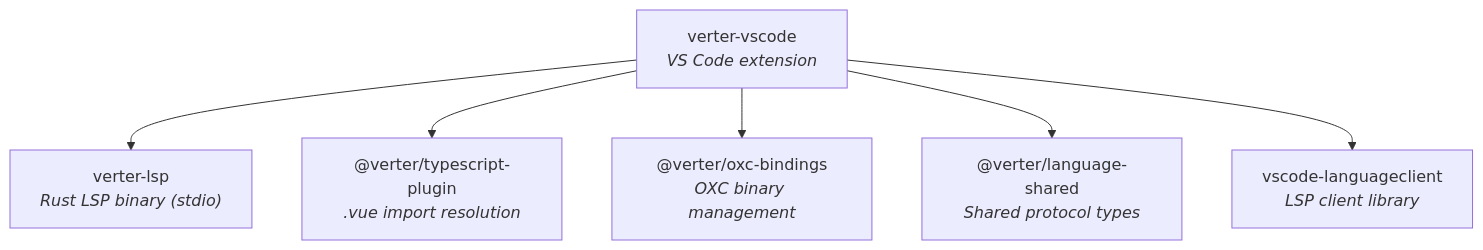
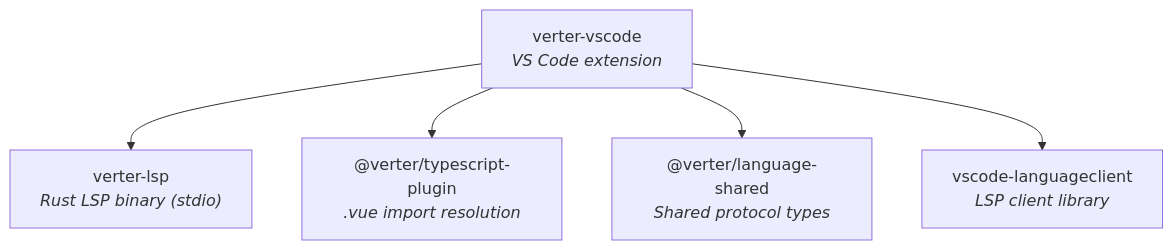
Before and after one commit to pikax/verter: the first of 3 diagrams in packages/vue-vscode/readme.md, drawn with Mermaid. The commit also changed other lines of this file and 35 other files, not shown here.

First line of the commit message:
chore(*): repair the docs, delete @verter/oxc-bindings, and make the E2E suite deterministic

````diff
--- a/packages/vue-vscode/readme.md
+++ b/packages/vue-vscode/readme.md
@@ -56,15 +56,13 @@
 ```mermaid
 graph TD
     EXT["verter-vscode<br/><i>VS Code extension</i>"]
     LSP["verter-lsp<br/><i>Rust LSP binary (stdio)</i>"]
     TSP["@verter/typescript-plugin<br/><i>.vue import resolution</i>"]
-    OXC["@verter/oxc-bindings<br/><i>OXC binary management</i>"]
     LSH["@verter/language-shared<br/><i>Shared protocol types</i>"]
     VLC["vscode-languageclient<br/><i>LSP client library</i>"]
 
     EXT --> LSP
     EXT --> TSP
-    EXT --> OXC
     EXT --> LSH
     EXT --> VLC
 ```
````
